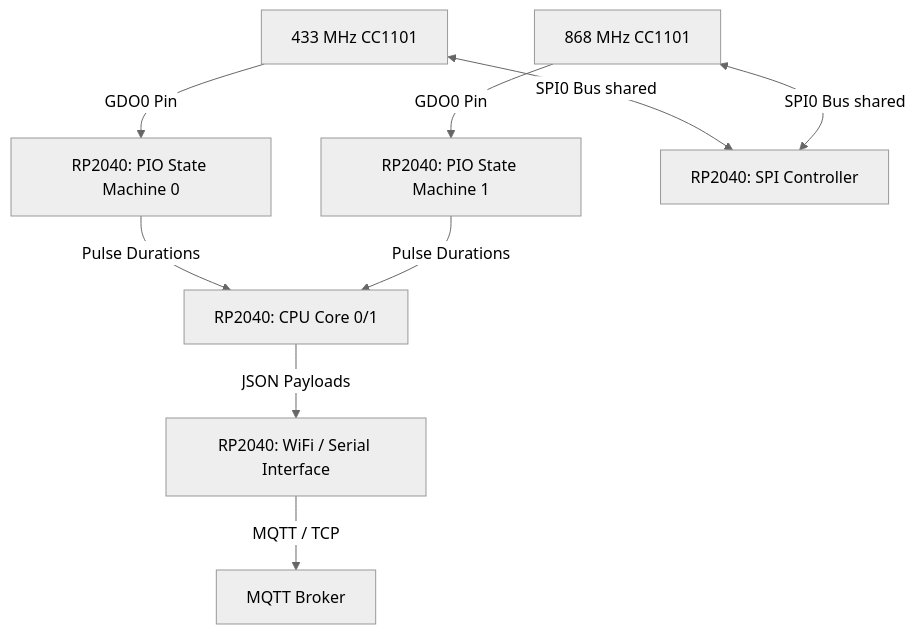
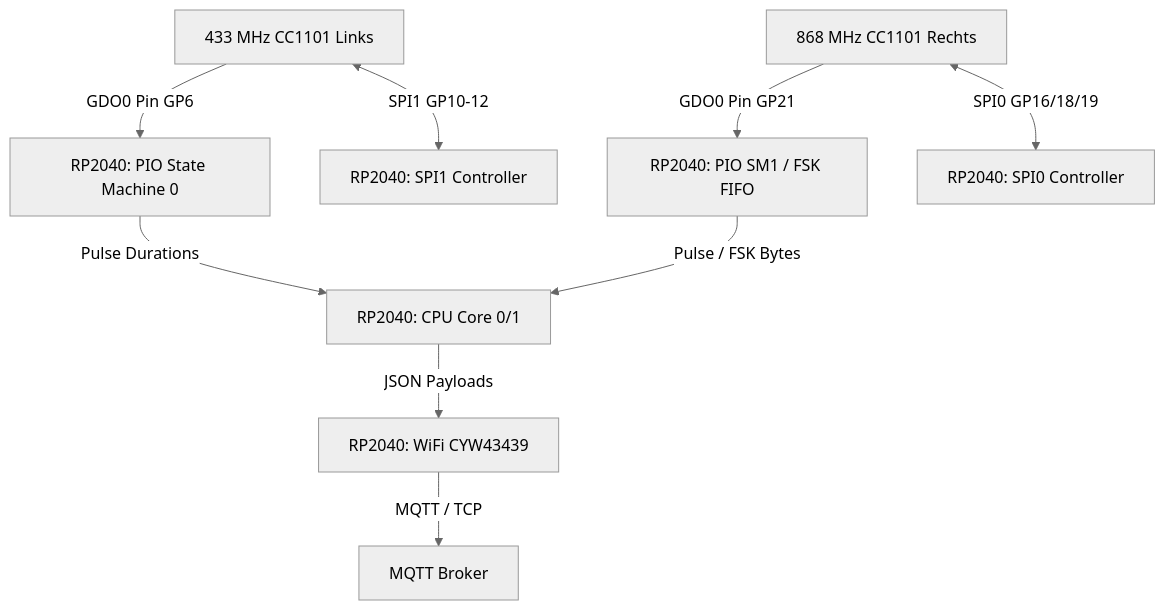
The first of 3 diagrams in readme.md (Antannah/signalrpi), drawn with Mermaid (neutral theme) before and after one commit. The commit also changed other lines of this file and 1 other file, not shown here.

Commit message:
docs & hw: Pinbelegung auf getrennte SPI-Busse (SPI1/SPI0) und Pufferkondensator-Konzept umgestellt

````diff
--- a/readme.md
+++ b/readme.md
@@ -11,14 +11,14 @@
 ```mermaid
 graph TD
-    RF433[433 MHz CC1101] -->|GDO0 Pin| PIO0[RP2040: PIO State Machine 0]
-    RF868[868 MHz CC1101] -->|GDO0 Pin| PIO1[RP2040: PIO State Machine 1]
+    RF433[433 MHz CC1101 Links] -->|GDO0 Pin GP6| PIO0[RP2040: PIO State Machine 0]
+    RF868[868 MHz CC1101 Rechts] -->|GDO0 Pin GP21| PIO1[RP2040: PIO SM1 / FSK FIFO]
     
-    RF433 <-->|SPI0 Bus shared| SPI[RP2040: SPI Controller]
-    RF868 <-->|SPI0 Bus shared| SPI
+    RF433 <-->|SPI1 GP10-12| SPI1[RP2040: SPI1 Controller]
+    RF868 <-->|SPI0 GP16/18/19| SPI0[RP2040: SPI0 Controller]
     
     PIO0 -->|Pulse Durations| CPU[RP2040: CPU Core 0/1]
-    PIO1 -->|Pulse Durations| CPU
+    PIO1 -->|Pulse / FSK Bytes| CPU
     
-    CPU -->|JSON Payloads| Comm[RP2040: WiFi / Serial Interface]
+    CPU -->|JSON Payloads| Comm[RP2040: WiFi CYW43439]
     Comm -->|MQTT / TCP| Broker[MQTT Broker]
 ```
````
